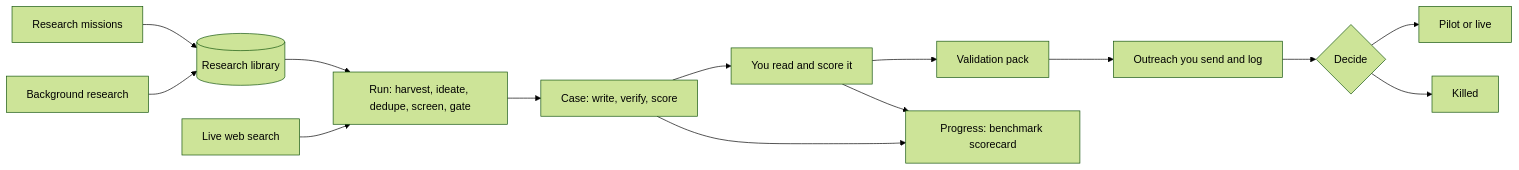
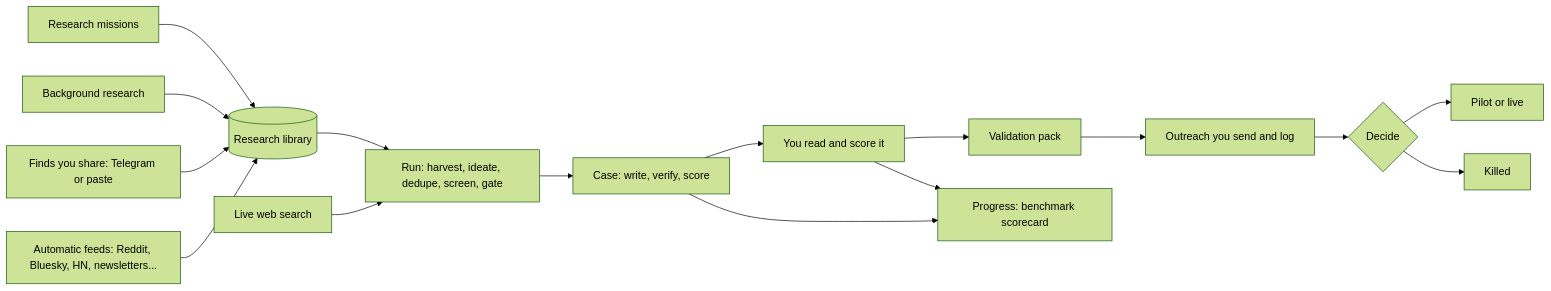
The diagram in README.md (ElvisOkereke/PitchLab), drawn with Mermaid (forest theme) before and after one commit. The commit also changed other lines of this file and 8 other files, not shown here.

````diff
--- a/README.md
+++ b/README.md
@@ -17,16 +17,18 @@
 ```mermaid
 flowchart LR
     M[Research missions] --> L[(Research library)]
     B[Background research] --> L
+    F[Finds you share: Telegram or paste] --> L
+    A[Automatic feeds: Reddit, Bluesky, HN, newsletters...] --> L
     L --> R[Run: harvest, ideate, dedupe, screen, gate]
     W[Live web search] --> R
     R --> C[Case: write, verify, score]
     C --> Y[You read and score it]
     Y --> V[Validation pack]
     V --> O[Outreach you send and log]
     O --> D{Decide}
     D --> P[Pilot or live]
     D --> K[Killed]
     C --> G[Progress: benchmark scorecard]
     Y --> G
 ```
````
